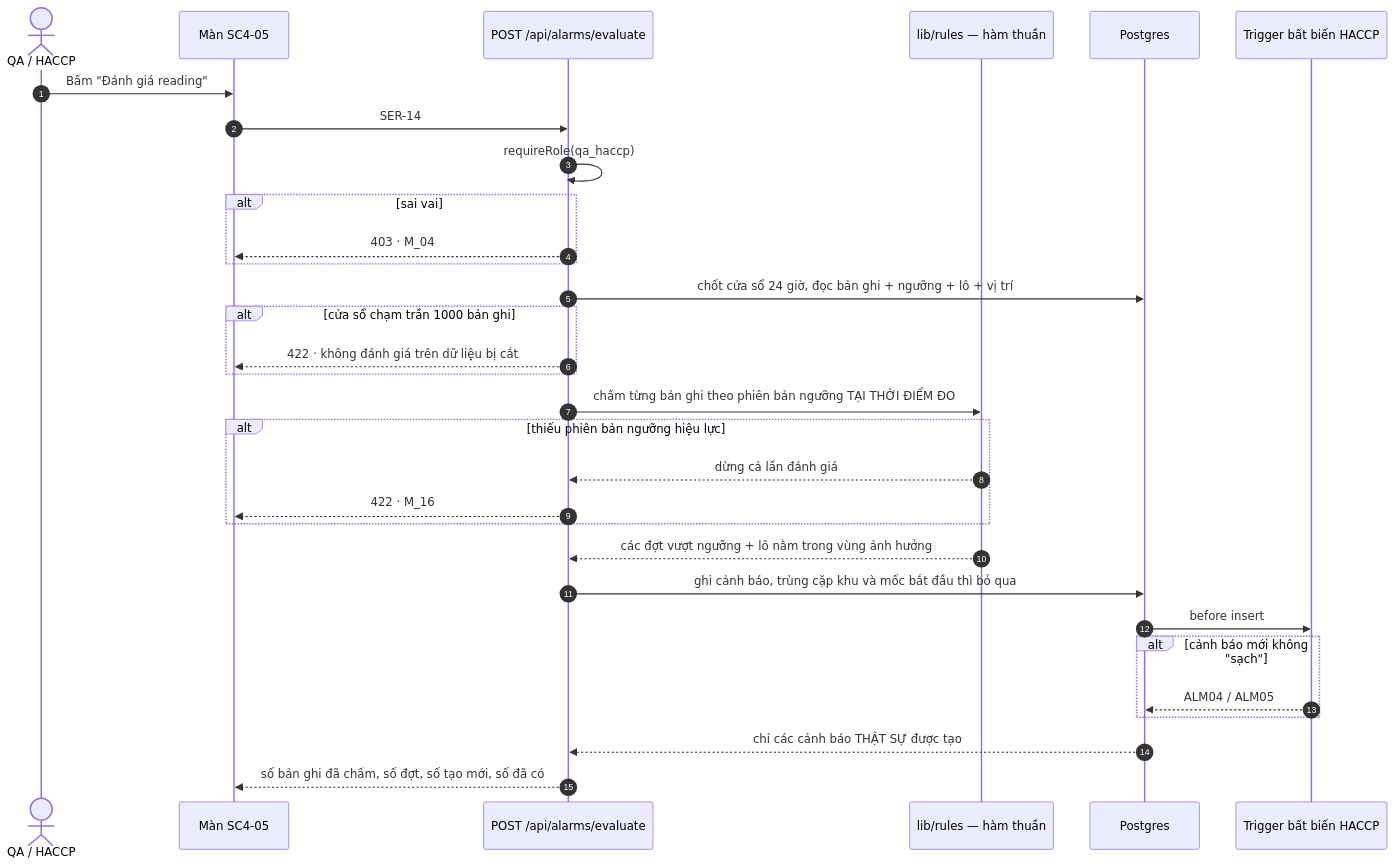
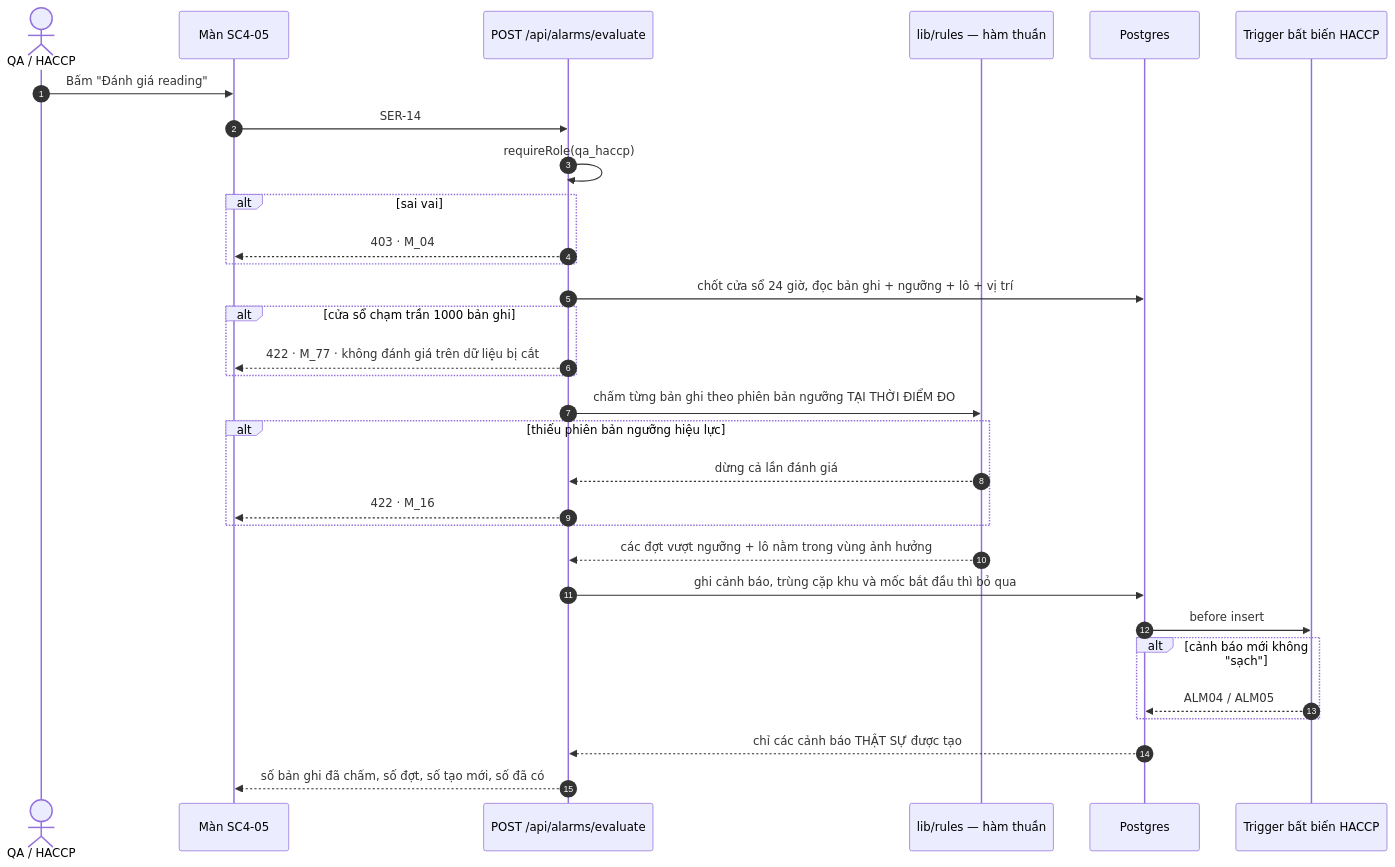
Before and after one commit to vandt-0395-01/lab5-coldchain-B120395: the diagram in specs/alarms/detail-design/ALM_EXCURSION_EVAL_DETAIL.md, drawn with Mermaid. The commit also changed other lines of this file and 6 other files, not shown here.

````diff
--- a/specs/alarms/detail-design/ALM_EXCURSION_EVAL_DETAIL.md
+++ b/specs/alarms/detail-design/ALM_EXCURSION_EVAL_DETAIL.md
@@ -29,34 +29,34 @@
 ```mermaid
 sequenceDiagram
     autonumber
     actor Q as QA / HACCP
     participant UI as Màn SC4-05
     participant API as POST /api/alarms/evaluate
     participant R as lib/rules — hàm thuần
     participant DB as Postgres
     participant TRG as Trigger bất biến HACCP
 
     Q->>UI: Bấm "Đánh giá reading"
     UI->>API: SER-14
     API->>API: requireRole(qa_haccp)
     alt sai vai
         API-->>UI: 403 · M_04
     end
     API->>DB: chốt cửa sổ 24 giờ, đọc bản ghi + ngưỡng + lô + vị trí
     alt cửa sổ chạm trần 1000 bản ghi
-        API-->>UI: 422 · không đánh giá trên dữ liệu bị cắt
+        API-->>UI: 422 · M_77 · không đánh giá trên dữ liệu bị cắt
     end
     API->>R: chấm từng bản ghi theo phiên bản ngưỡng TẠI THỜI ĐIỂM ĐO
     alt thiếu phiên bản ngưỡng hiệu lực
         R-->>API: dừng cả lần đánh giá
         API-->>UI: 422 · M_16
     end
     R-->>API: các đợt vượt ngưỡng + lô nằm trong vùng ảnh hưởng
     API->>DB: ghi cảnh báo, trùng cặp khu và mốc bắt đầu thì bỏ qua
     DB->>TRG: before insert
     alt cảnh báo mới không "sạch"
         TRG-->>DB: ALM04 / ALM05
     end
     DB-->>API: chỉ các cảnh báo THẬT SỰ được tạo
     API-->>UI: số bản ghi đã chấm, số đợt, số tạo mới, số đã có
 ```
````
